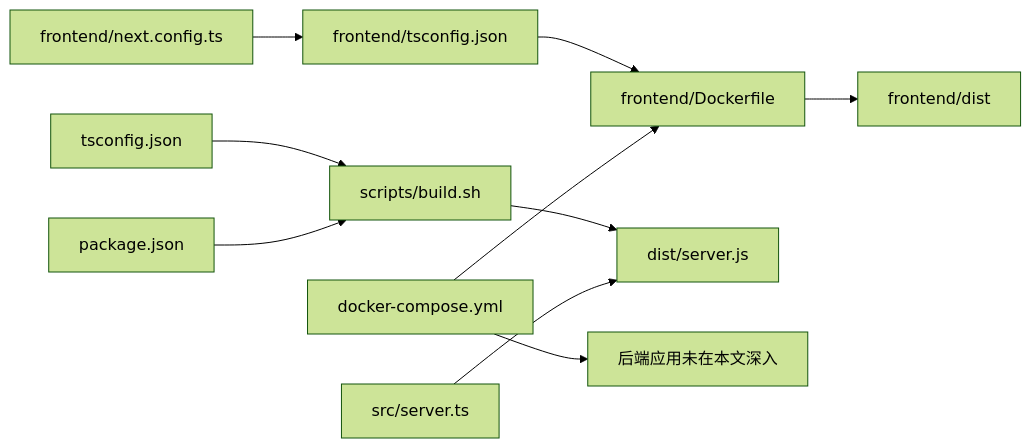
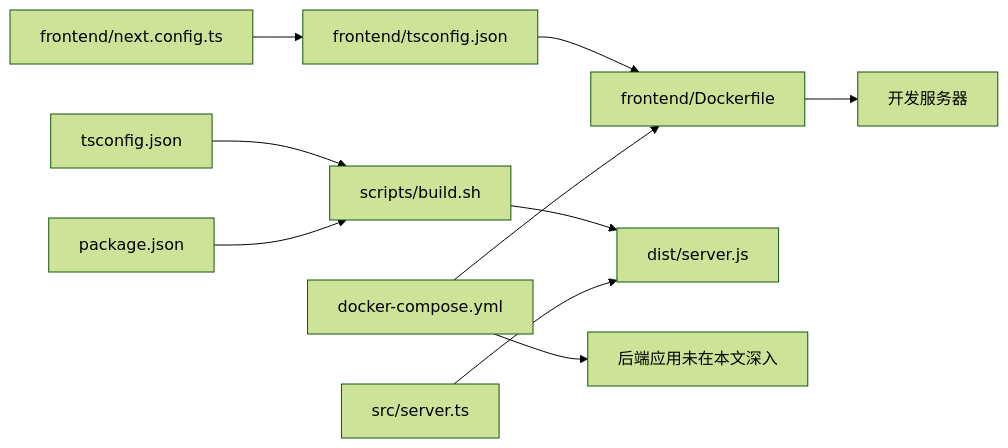
Before and after one commit to ghbbn053-ship-itsoulddog/soulddog: the seventh of 7 diagrams in .qoder/repowiki/zh/content/开发指南/构建与部署/构建流程.md, drawn with Mermaid (forest theme). The commit also changed other lines of this file and 119 other files, not shown here.

````diff
--- a/.qoder/repowiki/zh/content/开发指南/构建与部署/构建流程.md
+++ b/.qoder/repowiki/zh/content/开发指南/构建与部署/构建流程.md
@@ -315,12 +312,12 @@
 ```mermaid
 graph LR
 FE_CFG["frontend/next.config.ts"] --> FE_TS["frontend/tsconfig.json"]
 FE_TS --> FE_DOCKER["frontend/Dockerfile"]
-FE_DOCKER --> FE_DIST["frontend/dist"]
+FE_DOCKER --> FE_DEV["开发服务器"]
 ROOT_TS["tsconfig.json"] --> BUILD["scripts/build.sh"]
 ROOT_PKG["package.json"] --> BUILD
 BUILD --> DIST_JS["dist/server.js"]
 SRV["src/server.ts"] --> DIST_JS
 DC["docker-compose.yml"] --> FE_DOCKER
 DC --> PY_APP["后端应用未在本文深入"]
 ```
````
